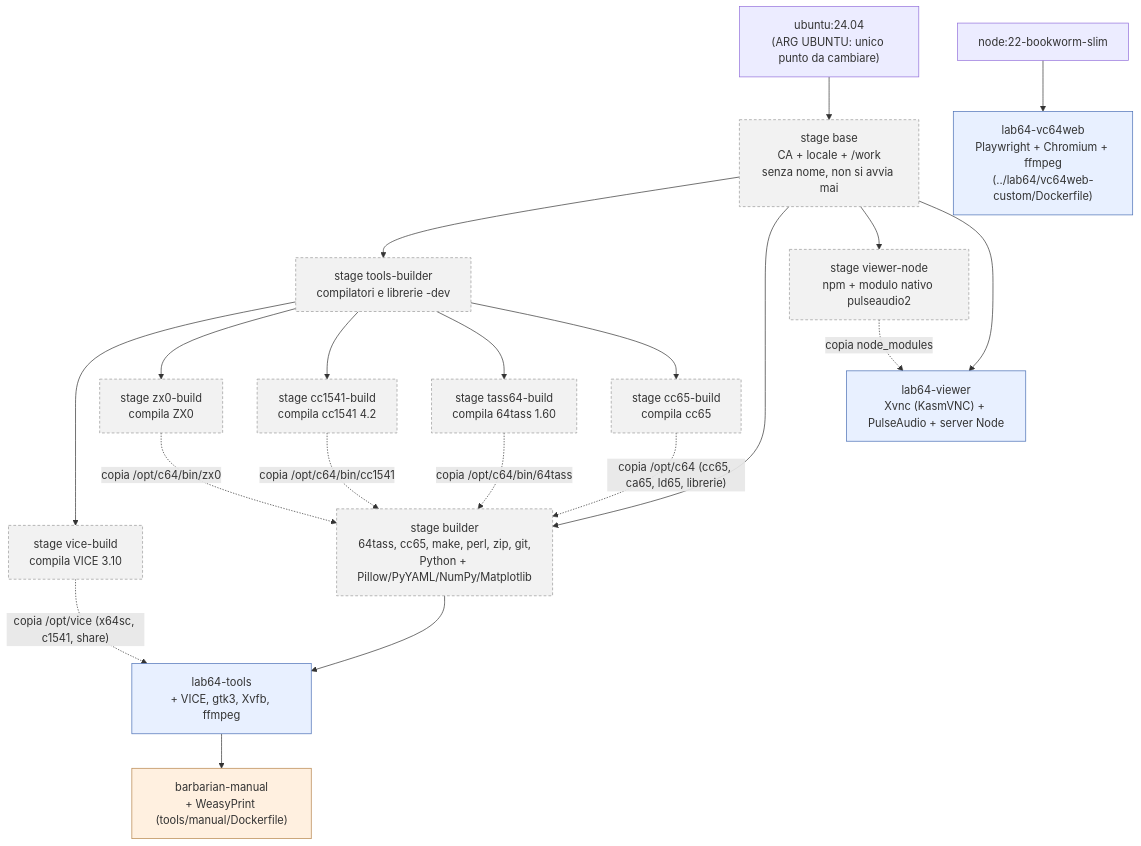
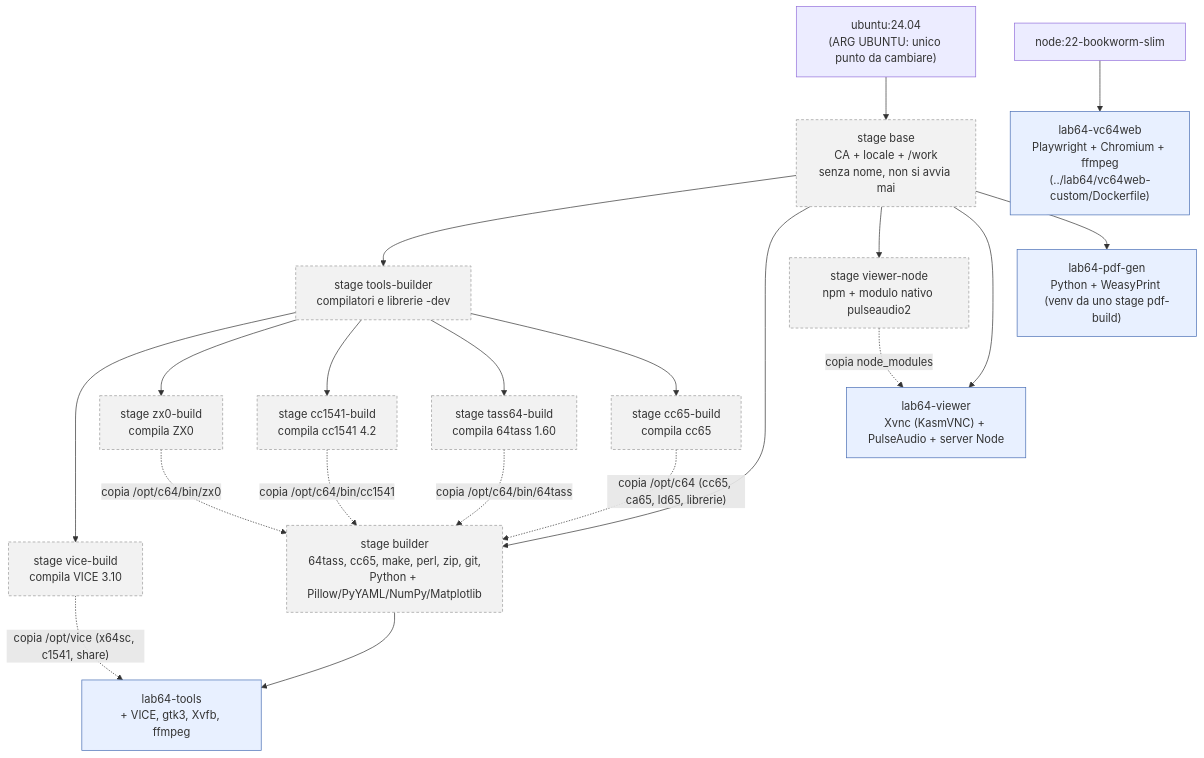
The first of 3 diagrams in docs/docker-architecture.md (caporalesimone/barbarian-the-blood-path), drawn with Mermaid before and after one commit. The commit also changed other lines of this file and 18 other files, not shown here.

````diff
--- a/docs/docker-architecture.md
+++ b/docs/docker-architecture.md
@@ -28,35 +28,35 @@
 ```mermaid
 flowchart TD
     UB["ubuntu:24.04<br/>(ARG UBUNTU: unico punto da cambiare)"] --> BASE["stage base<br/>CA + locale + /work<br/>senza nome, non si avvia mai"]
 
     BASE --> TB["stage tools-builder<br/>compilatori e librerie -dev"]
     TB --> VB["stage vice-build<br/>compila VICE 3.10"]
     TB --> ZB["stage zx0-build<br/>compila ZX0"]
     TB --> CB["stage cc1541-build<br/>compila cc1541 4.2"]
     TB --> T64["stage tass64-build<br/>compila 64tass 1.60"]
     TB --> C65["stage cc65-build<br/>compila cc65"]
 
     BASE --> BLD["stage builder<br/>64tass, cc65, make, perl, zip, git,<br/>Python + Pillow/PyYAML/NumPy/Matplotlib"]
     ZB -. "copia /opt/c64/bin/zx0" .-> BLD
     CB -. "copia /opt/c64/bin/cc1541" .-> BLD
     T64 -. "copia /opt/c64/bin/64tass" .-> BLD
     C65 -. "copia /opt/c64 (cc65, ca65, ld65, librerie)" .-> BLD
 
     BLD --> EVICE["lab64-tools<br/>+ VICE, gtk3, Xvfb, ffmpeg"]
     VB -. "copia /opt/vice (x64sc, c1541, share)" .-> EVICE
 
     BASE --> VN["stage viewer-node<br/>npm + modulo nativo pulseaudio2"]
     BASE --> VW["lab64-viewer<br/>Xvnc (KasmVNC) + PulseAudio + server Node"]
     VN -. "copia node_modules" .-> VW
 
-    EVICE --> MAN["barbarian-manual<br/>+ WeasyPrint (tools/manual/Dockerfile)"]
+    BASE --> MAN["lab64-pdf-gen<br/>Python + WeasyPrint (venv da uno stage pdf-build)"]
 
     NODE["node:22-bookworm-slim"] --> VC["lab64-vc64web<br/>Playwright + Chromium + ffmpeg<br/>(../lab64/vc64web-custom/Dockerfile)"]
 
     classDef gen fill:#e8f0ff,stroke:#4a6fb5;
     classDef game fill:#fff0e0,stroke:#b5834a;
     classDef stage fill:#f2f2f2,stroke:#999,stroke-dasharray:4 3;
     class EVICE,VW,VC gen;
-    class MAN game;
+    class MAN gen;
     class BASE,TB,VB,ZB,CB,T64,C65,VN,BLD stage;
 ```
````
